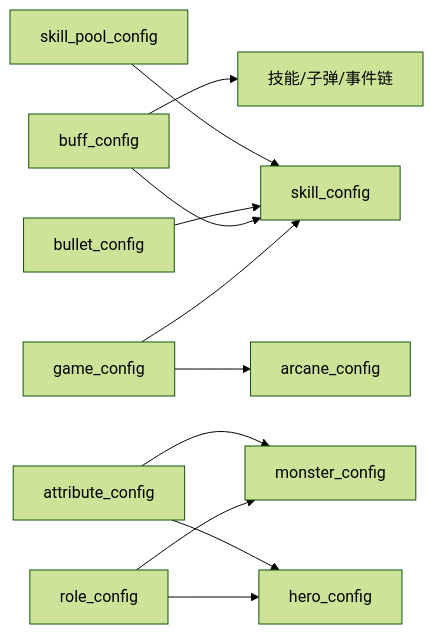
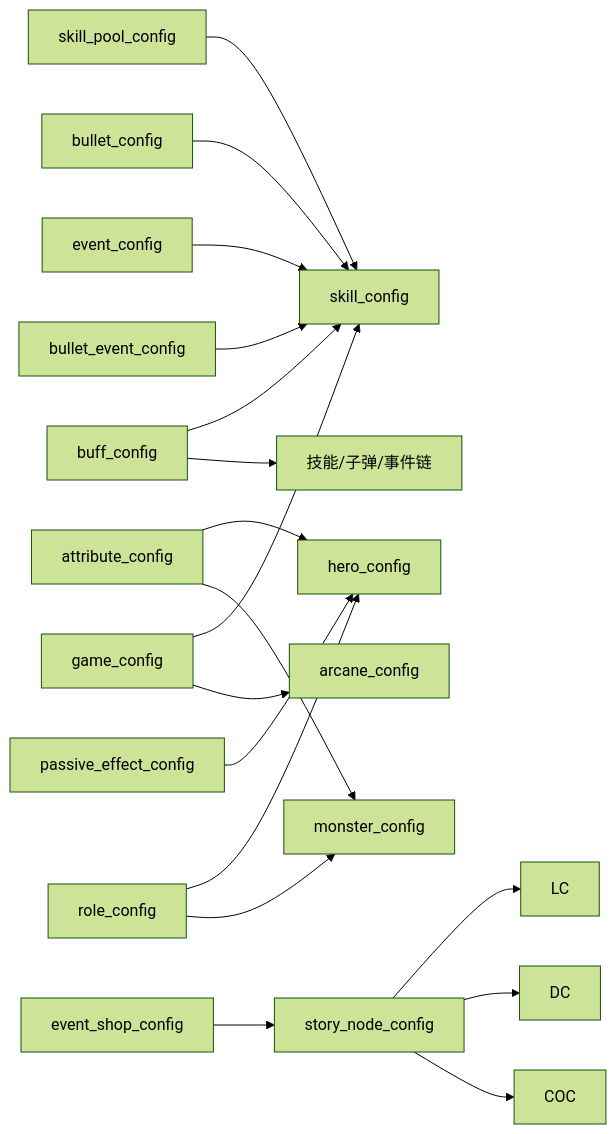
Before and after one commit to Tuusen/p1_client: the third of 3 diagrams in .qoder/repowiki/zh/content/配置管理系统/配置文件类型/配置文件类型.md, drawn with Mermaid (forest theme). The commit also changed other lines of this file and 1 other file, not shown here.

````diff
--- a/.qoder/repowiki/zh/content/配置管理系统/配置文件类型/配置文件类型.md
+++ b/.qoder/repowiki/zh/content/配置管理系统/配置文件类型/配置文件类型.md
@@ -276,13 +489,20 @@
 ```mermaid
 graph LR
 SPC["skill_pool_config"] --> SK["skill_config"]
 BC["bullet_config"] --> SK
 AC["attribute_config"] --> HC["hero_config"]
 AC --> MC["monster_config"]
 BFC["buff_config"] --> SK
 BFC --> SK2["技能/子弹/事件链"]
 GC["game_config"] --> SK
 GC --> ARC["arcane_config"]
 RC["role_config"] --> HC
 RC --> MC
+EC["event_config"] --> SK
+BEC["bullet_event_config"] --> SK
+PEC["passive_effect_config"] --> HC
+SNC["story_node_config"] --> LC
+SNC --> DC
+SNC --> COC
+ESC["event_shop_config"] --> SNC
 ```
````
